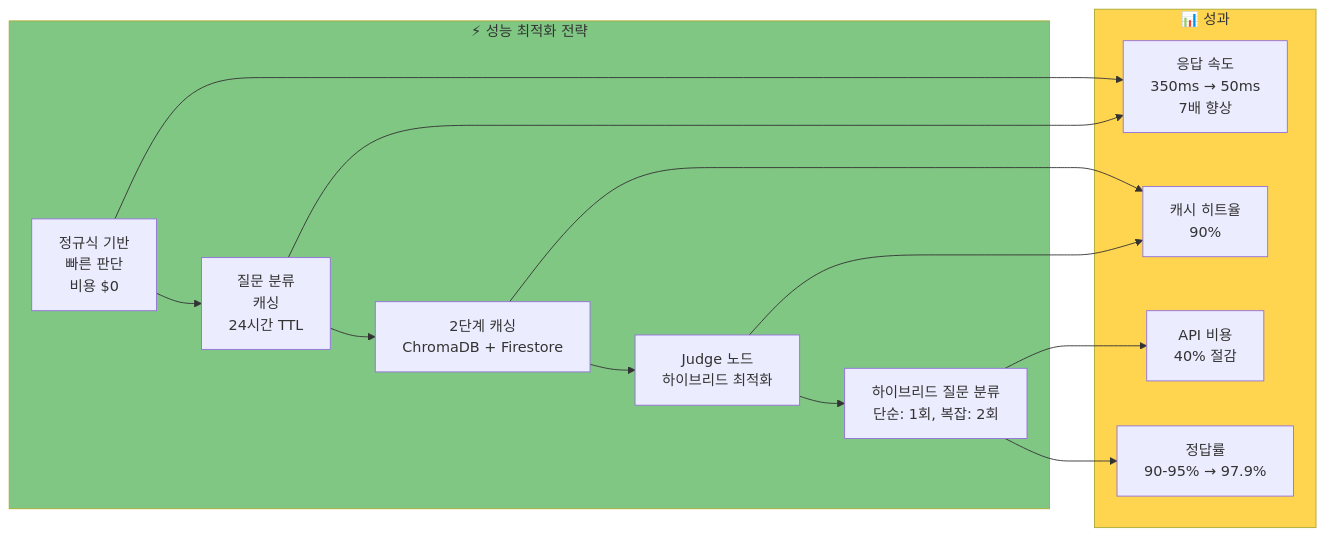
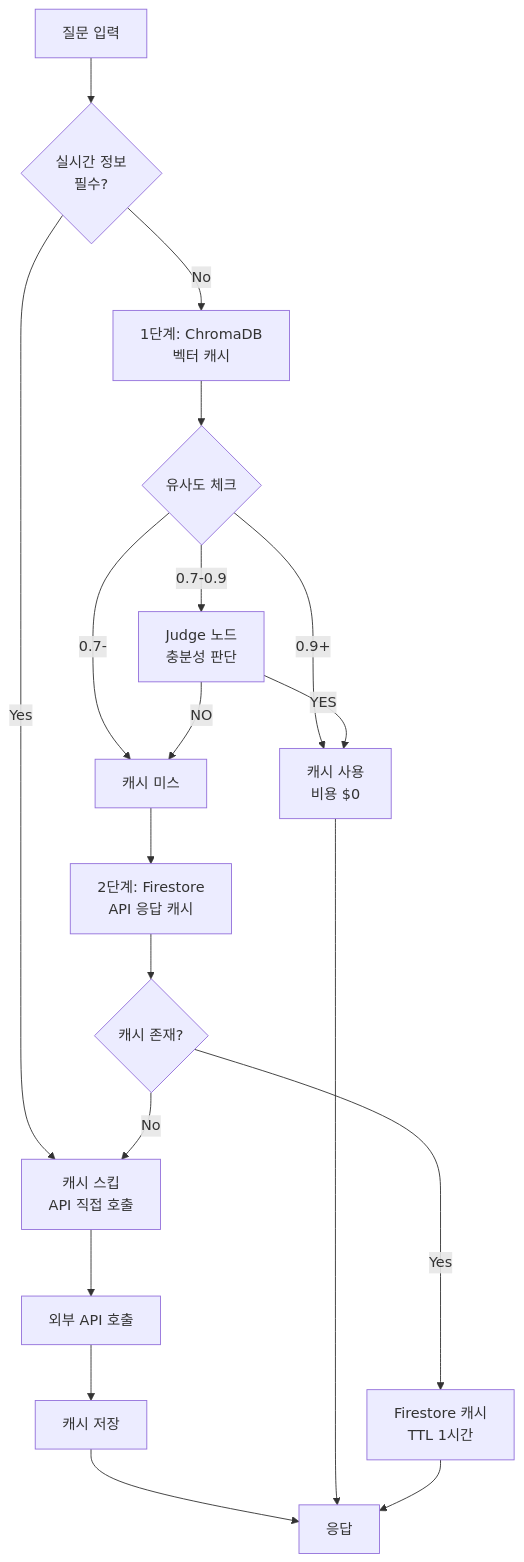
Before and after one commit to seolmiseon/fsf-llm-platform: the fourth of 4 diagrams in FSF_ARCHITECTURE_DIAGRAM.md, drawn with Mermaid. The commit also changed other lines of this file and 31 other files, not shown here.

````diff
--- a/FSF_ARCHITECTURE_DIAGRAM.md
+++ b/FSF_ARCHITECTURE_DIAGRAM.md
@@ -355,26 +210,27 @@
 ```mermaid
-graph LR
-    subgraph Optimization["⚡ 성능 최적화 전략"]
-        A[정규식 기반<br/>빠른 판단<br/>비용 $0] --> B[질문 분류<br/>캐싱<br/>24시간 TTL]
-        B --> C[2단계 캐싱<br/>ChromaDB + Firestore]
-        C --> D[Judge 노드<br/>하이브리드 최적화]
-        D --> E[하이브리드 질문 분류<br/>단순: 1회, 복잡: 2회]
-    end
-
-    subgraph Results["📊 성과"]
-        F[응답 속도<br/>350ms → 50ms<br/>7배 향상]
-        G[캐시 히트율<br/>90%]
-        H[API 비용<br/>40% 절감]
-        I[정답률<br/>90-95% → 97.9%]
-    end
-
-    A --> F
-    B --> F
-    C --> G
-    D --> G
-    E --> H
-    E --> I
-
-    style Optimization fill:#81C784
-    style Results fill:#FFD54F
+graph TD
+    A[질문 입력] --> B{실시간 정보<br>필수?}
+    
+    B -->|Yes| C[캐시 스킵<br>API 직접 호출]
+    B -->|No| D[1단계: ChromaDB<br>벡터 캐시]
+    
+    D --> E{유사도 체크}
+    E -->|0.9+| F[캐시 사용<br>비용 $0]
+    E -->|0.7-0.9| G[Judge 노드<br>충분성 판단]
+    E -->|0.7-| H[캐시 미스]
+    
+    G -->|YES| F
+    G -->|NO| H
+    
+    H --> I[2단계: Firestore<br>API 응답 캐시]
+    I --> J{캐시 존재?}
+    J -->|Yes| K[Firestore 캐시<br>TTL 1시간]
+    J -->|No| C
+    
+    C --> L[외부 API 호출]
+    L --> M[캐시 저장]
+    M --> N[응답]
+    
+    F --> N
+    K --> N
 ```
````
